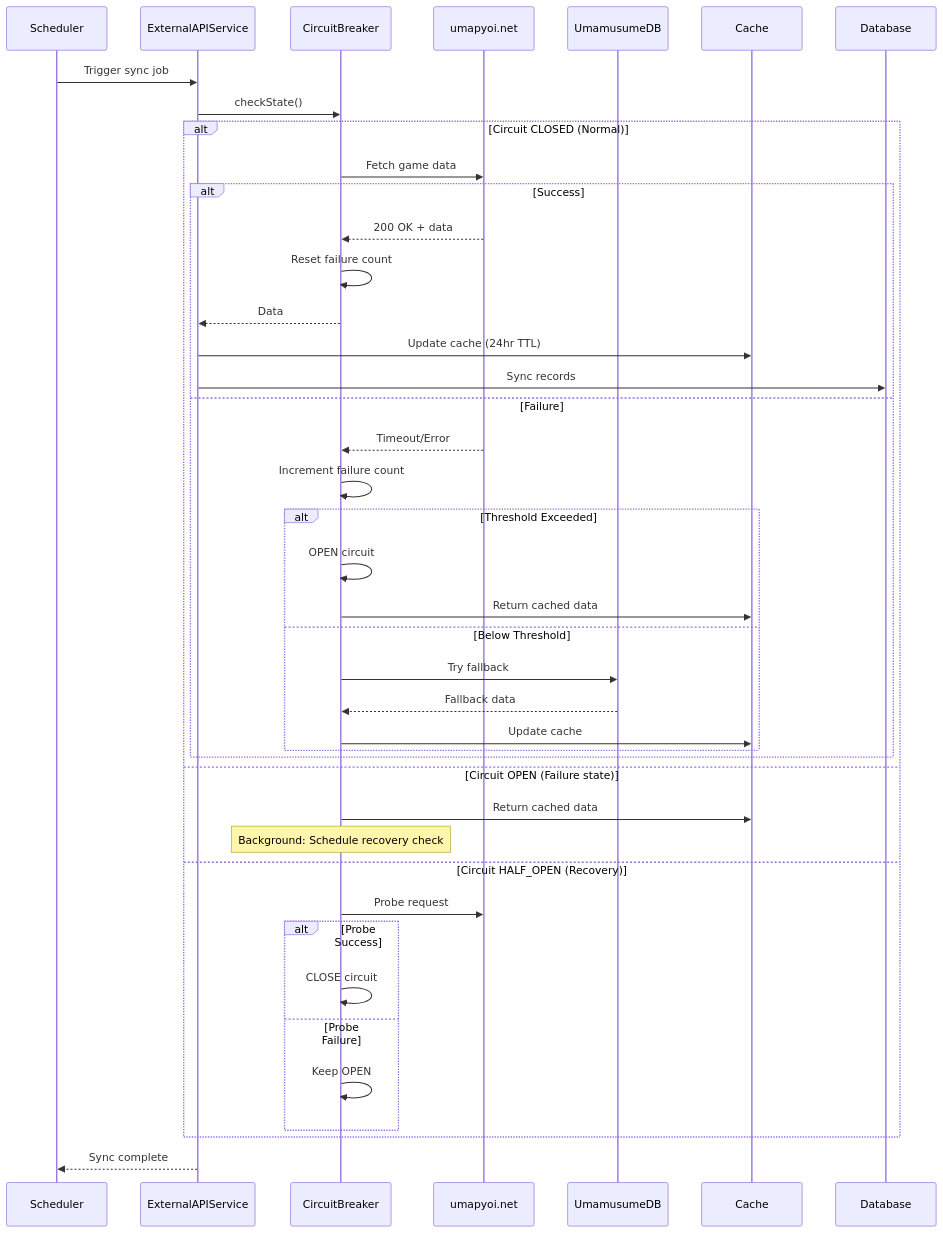
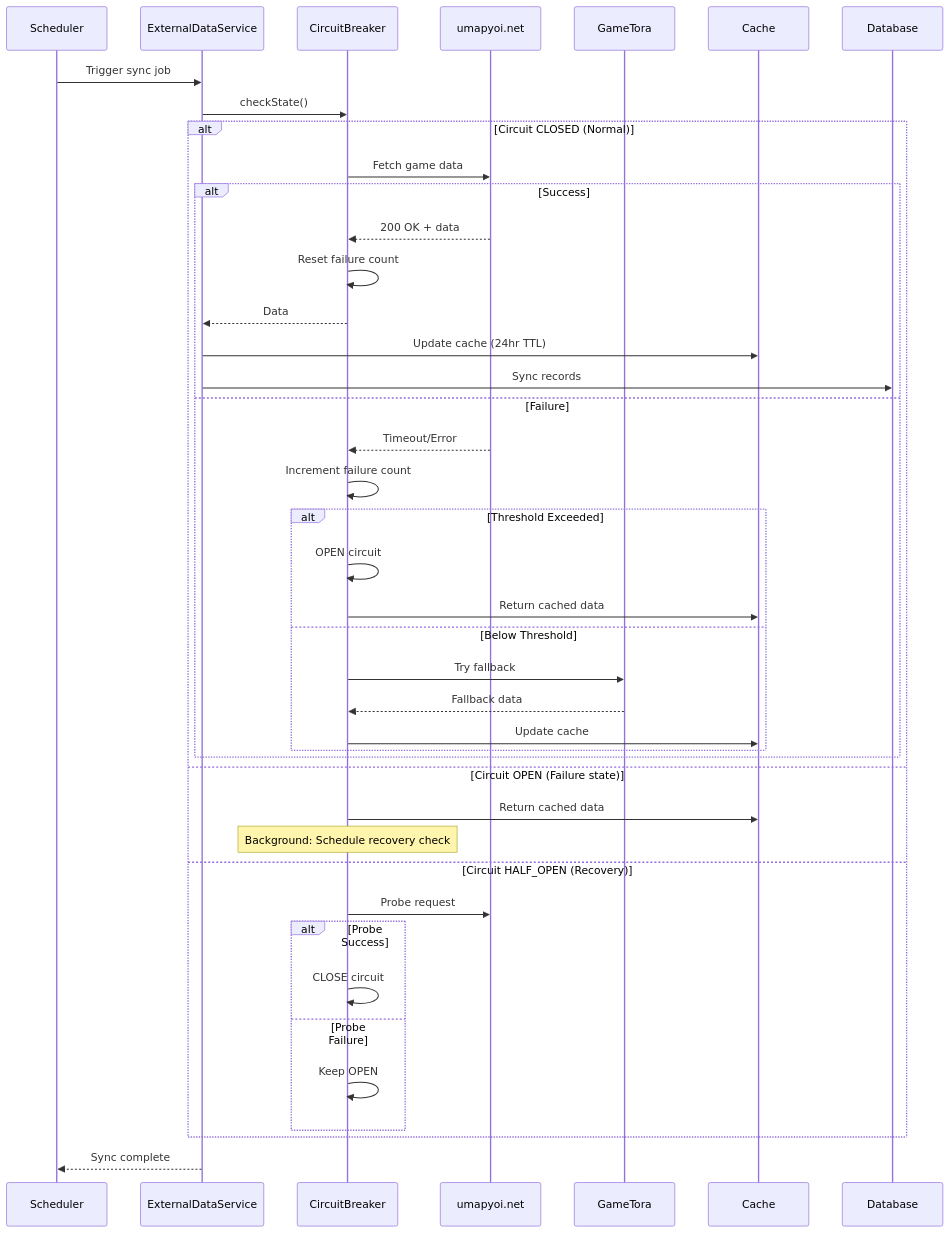
Diagram 11 of 17 in docs/01-sequences/000_SEQUENCE_DIAGRAMS_INDEX.md (exatfrds67/umamusume-career-planner), drawn with Mermaid before and after one commit. The commit also changed other lines of this file and 111 other files, not shown here.

````diff
--- a/docs/01-sequences/000_SEQUENCE_DIAGRAMS_INDEX.md
+++ b/docs/01-sequences/000_SEQUENCE_DIAGRAMS_INDEX.md
@@ -583,50 +583,50 @@
 ```mermaid
 sequenceDiagram
     participant Scheduler
-    participant ExternalAPIService
+    participant ExternalDataService
     participant CircuitBreaker
     participant PrimaryAPI as umapyoi.net
-    participant FallbackAPI as UmamusumeDB
+    participant FallbackAPI as GameTora
     participant Cache
     participant Database
 
-    Scheduler->>ExternalAPIService: Trigger sync job
-    ExternalAPIService->>CircuitBreaker: checkState()
+    Scheduler->>ExternalDataService: Trigger sync job
+    ExternalDataService->>CircuitBreaker: checkState()
     
     alt Circuit CLOSED (Normal)
         CircuitBreaker->>PrimaryAPI: Fetch game data
         
         alt Success
             PrimaryAPI-->>CircuitBreaker: 200 OK + data
             CircuitBreaker->>CircuitBreaker: Reset failure count
-            CircuitBreaker-->>ExternalAPIService: Data
-            ExternalAPIService->>Cache: Update cache (24hr TTL)
-            ExternalAPIService->>Database: Sync records
+            CircuitBreaker-->>ExternalDataService: Data
+            ExternalDataService->>Cache: Update cache (24hr TTL)
+            ExternalDataService->>Database: Sync records
         else Failure
             PrimaryAPI-->>CircuitBreaker: Timeout/Error
             CircuitBreaker->>CircuitBreaker: Increment failure count
             
             alt Threshold Exceeded
                 CircuitBreaker->>CircuitBreaker: OPEN circuit
                 CircuitBreaker->>Cache: Return cached data
             else Below Threshold
                 CircuitBreaker->>FallbackAPI: Try fallback
                 FallbackAPI-->>CircuitBreaker: Fallback data
                 CircuitBreaker->>Cache: Update cache
             end
         end
         
     else Circuit OPEN (Failure state)
         CircuitBreaker->>Cache: Return cached data
         Note over CircuitBreaker: Background: Schedule recovery check
     else Circuit HALF_OPEN (Recovery)
         CircuitBreaker->>PrimaryAPI: Probe request
         alt Probe Success
             CircuitBreaker->>CircuitBreaker: CLOSE circuit
         else Probe Failure
             CircuitBreaker->>CircuitBreaker: Keep OPEN
         end
     end
     
-    ExternalAPIService-->>Scheduler: Sync complete
+    ExternalDataService-->>Scheduler: Sync complete
 ```
````
